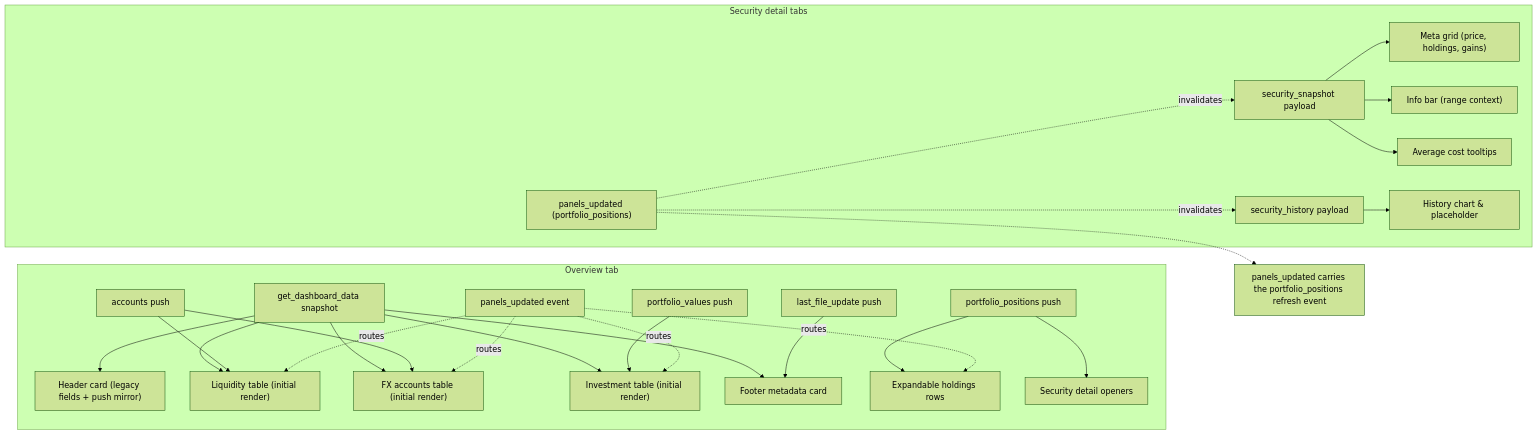
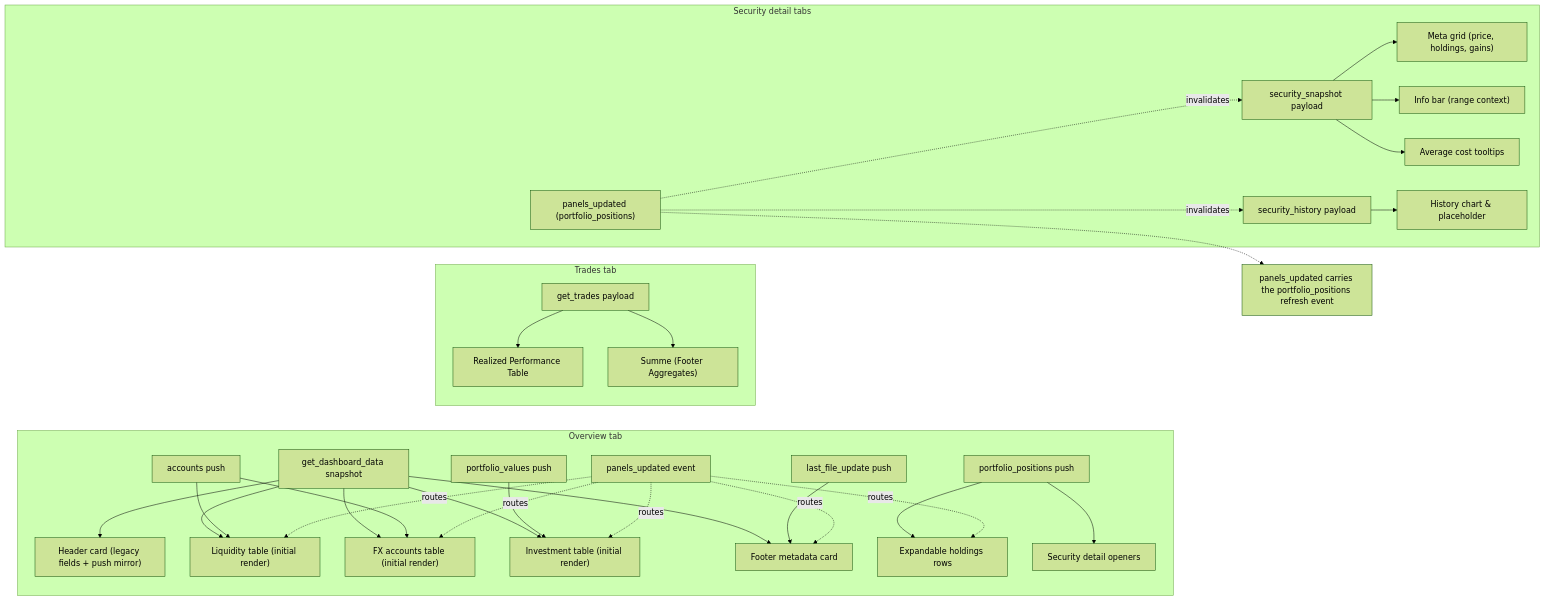
The diagram in datamodel/mermaid_frontend_flow.mmd (Freakandi/ha-pp-reader), drawn with Mermaid (forest theme) before and after one commit. The commit also changed 11 other files, not shown here.

```diff
--- a/datamodel/mermaid_frontend_flow.mmd
+++ b/datamodel/mermaid_frontend_flow.mmd
@@ -1,46 +1,53 @@
 ---
 id: 42839b89-6c94-40be-8a54-e17296222dfa
 ---
 flowchart LR
   subgraph OverviewTab["Overview tab"]
     Snapshot["get_dashboard_data snapshot"]
     Accounts["accounts push"]
     PortfolioValues["portfolio_values push"]
     PortfolioPositions["portfolio_positions push"]
     LastFileUpdate["last_file_update push"]
     PanelsUpdated["panels_updated event"]
 
     Snapshot --> HeaderCard["Header card (legacy fields + push mirror)"]
     Snapshot --> EurTable["Liquidity table (initial render)"]
     Snapshot --> FxTable["FX accounts table (initial render)"]
     Snapshot --> PortfolioTable["Investment table (initial render)"]
     Snapshot --> FooterCard["Footer metadata card"]
     Accounts --> EurTable
     Accounts --> FxTable
     PortfolioValues --> PortfolioTable
     PortfolioPositions --> ExpandableRows["Expandable holdings rows"]
     PortfolioPositions --> DetailLaunchers["Security detail openers"]
     LastFileUpdate --> FooterCard
 
     PanelsUpdated -.routes.-> EurTable
     PanelsUpdated -.routes.-> FxTable
     PanelsUpdated -.routes.-> PortfolioTable
     PanelsUpdated -.routes.-> ExpandableRows
+    PanelsUpdated -.routes.-> FooterCard
+  end
+
+  subgraph TradesTab["Trades tab"]
+    TradesData["get_trades payload"]
+    TradesData --> TradesTable["Realized Performance Table"]
+    TradesData --> TradesFooter["Summe (Footer Aggregates)"]
   end
 
   subgraph SecurityTab["Security detail tabs"]
     SecuritySnapshot["security_snapshot payload"]
     SecurityHistory["security_history payload"]
     PanelsUpdatedDetail["panels_updated (portfolio_positions)"]
 
     SecuritySnapshot --> DetailHeader["Meta grid (price, holdings, gains)"]
     SecuritySnapshot --> DetailInfoBar["Info bar (range context)"]
     SecuritySnapshot --> AverageTooltips["Average cost tooltips"]
     SecurityHistory --> HistoryChart["History chart & placeholder"]
 
     PanelsUpdatedDetail -.invalidates.-> SecuritySnapshot
     PanelsUpdatedDetail -.invalidates.-> SecurityHistory
   end
 
   PanelsUpdatedDetailNote["panels_updated carries the portfolio_positions refresh event"]
   PanelsUpdatedDetail -.-> PanelsUpdatedDetailNote
```
